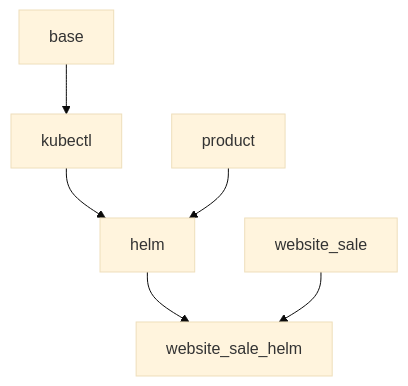
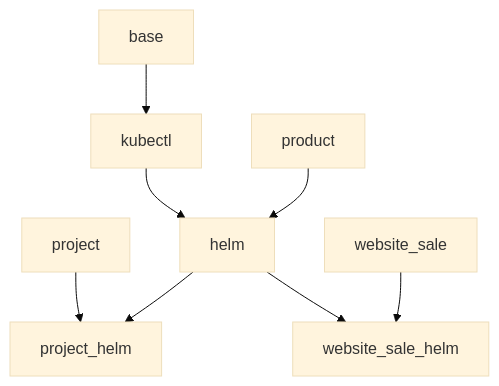
The diagram in Specification Website Sale Helm.md (Mint-System/Wiki), drawn with Mermaid (base theme) before and after one commit.

Commit message:
vault backup: 2025-04-07 08:58:47

````diff
--- a/Specification Website Sale Helm.md
+++ b/Specification Website Sale Helm.md
@@ -10,8 +10,10 @@
 ```mermaid
 graph TD
   base --> kubectl
   kubectl --> helm
   product --> helm
+  project --> project_helm
+  helm --> project_helm
   helm --> website_sale_helm
   website_sale --> website_sale_helm
 ```
````
